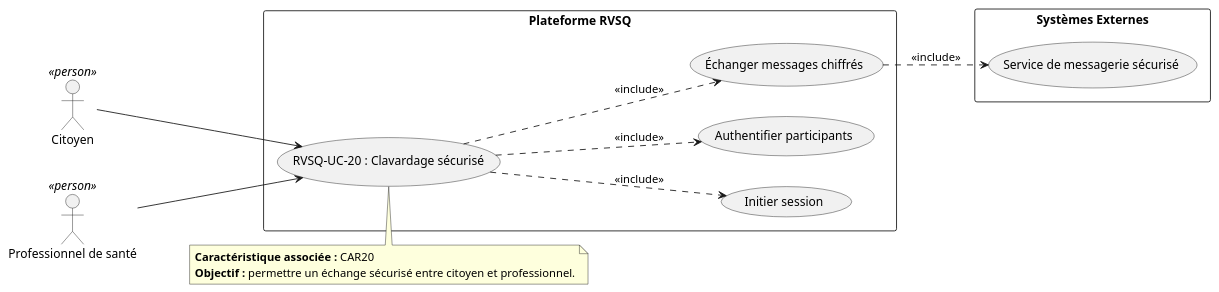
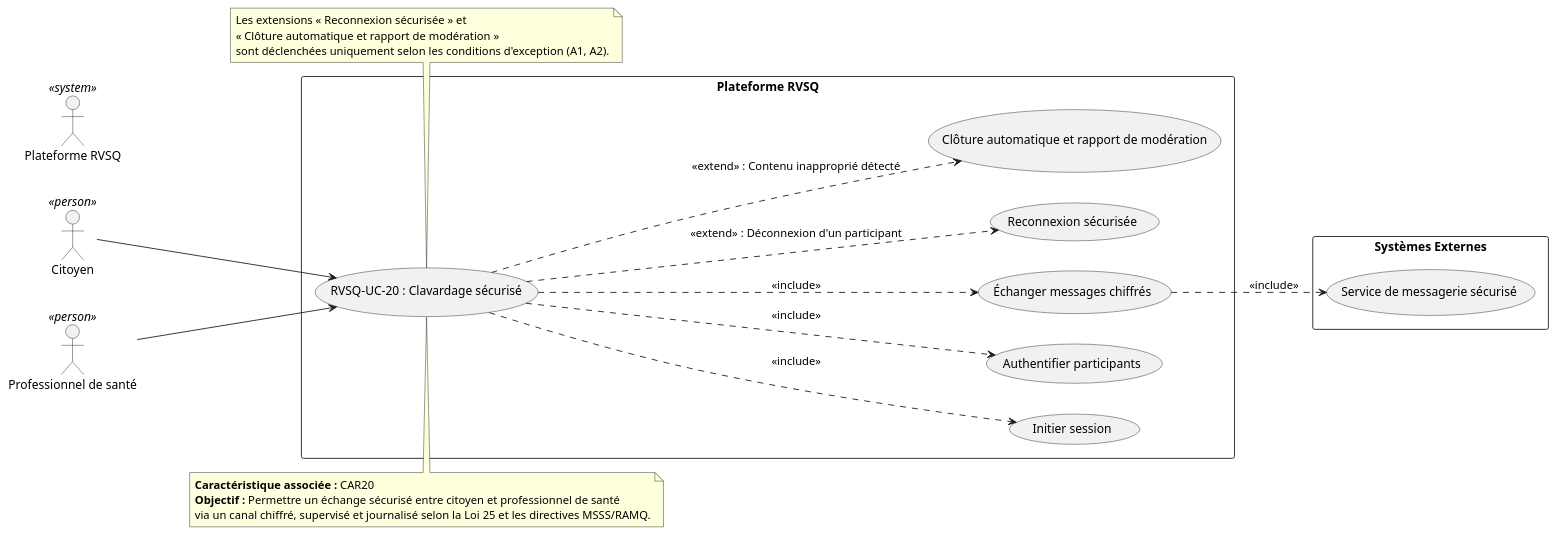
Before and after one commit to serghino/use-cases-RVSQ: the diagram in RVSQ-UC-20_Clavardage_Securise.puml, drawn with PlantUML. The commit also changed 23 other files, not shown here.

Commit message:
fix(B04,B06,B09): fix .md structure and add excludes when applicable to the diagrams

```diff
--- a/RVSQ-UC-20_Clavardage_Securise.puml
+++ b/RVSQ-UC-20_Clavardage_Securise.puml
@@ -1,29 +1,47 @@
 @startuml RVSQ-UC-20_Clavardage_Securise
 left to right direction
 
+' --- Acteurs principaux (humains)
 actor "Citoyen" as Citoyen <<person>>
 actor "Professionnel de santé" as Pro <<person>>
+
+' --- Acteurs secondaires (systèmes)
+actor "Plateforme RVSQ" as RVSQActor <<system>>
 
 rectangle "Plateforme RVSQ" {
   usecase "RVSQ-UC-20 : Clavardage sécurisé" as UC20
   usecase "Initier session" as UC20_A
   usecase "Authentifier participants" as UC20_B
   usecase "Échanger messages chiffrés" as UC20_C
+  usecase "Reconnexion sécurisée" as UC20_D
+  usecase "Clôture automatique et rapport de modération" as UC20_E
 }
 
 rectangle "Systèmes Externes" {
   usecase "Service de messagerie sécurisé" as MSG
 }
 
+' --- Interactions principales
 Citoyen --> UC20
 Pro --> UC20
 UC20 ..> UC20_A : <<include>>
 UC20 ..> UC20_B : <<include>>
 UC20 ..> UC20_C : <<include>>
 UC20_C ..> MSG : <<include>>
 
+' --- Extensions conditionnelles
+UC20 ..> UC20_D : <<extend>> : Déconnexion d'un participant
+UC20 ..> UC20_E : <<extend>> : Contenu inapproprié détecté
+
 note top of UC20
   **Caractéristique associée :** CAR20
-  **Objectif :** permettre un échange sécurisé entre citoyen et professionnel.
+  **Objectif :** Permettre un échange sécurisé entre citoyen et professionnel de santé
+  via un canal chiffré, supervisé et journalisé selon la Loi 25 et les directives MSSS/RAMQ.
+end note
+
+note bottom of UC20
+  Les extensions « Reconnexion sécurisée » et
+  « Clôture automatique et rapport de modération »
+  sont déclenchées uniquement selon les conditions d'exception (A1, A2).
 end note
 @enduml
```
